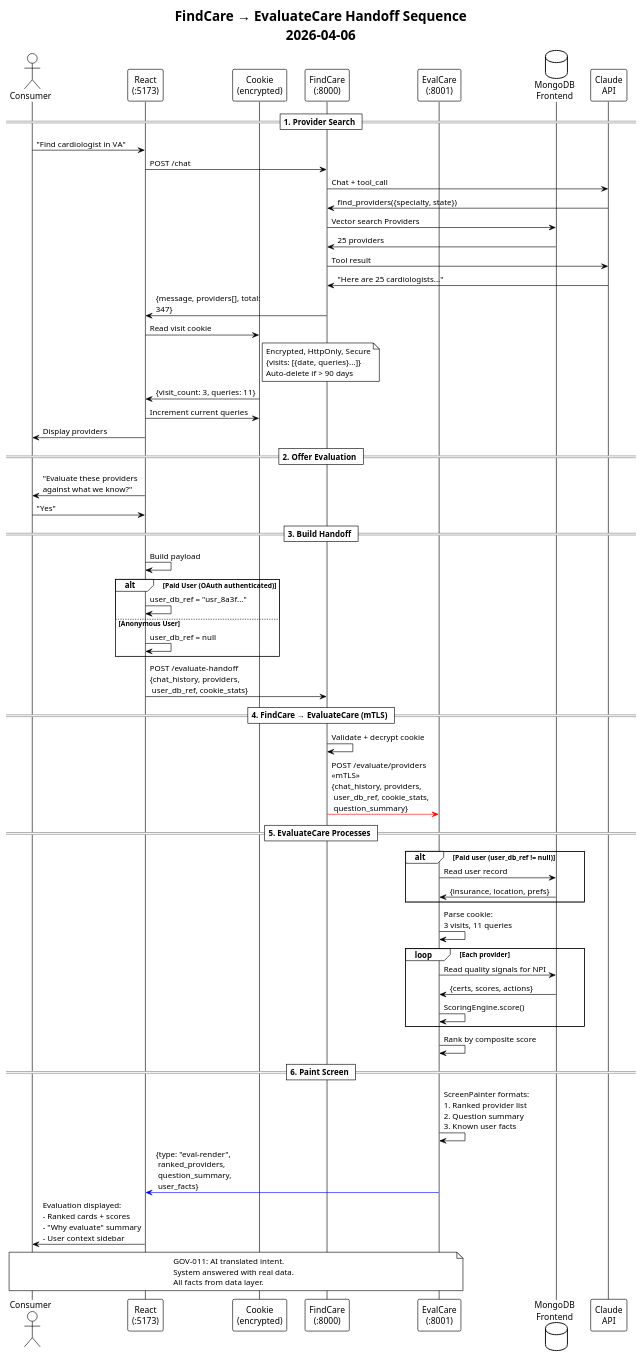
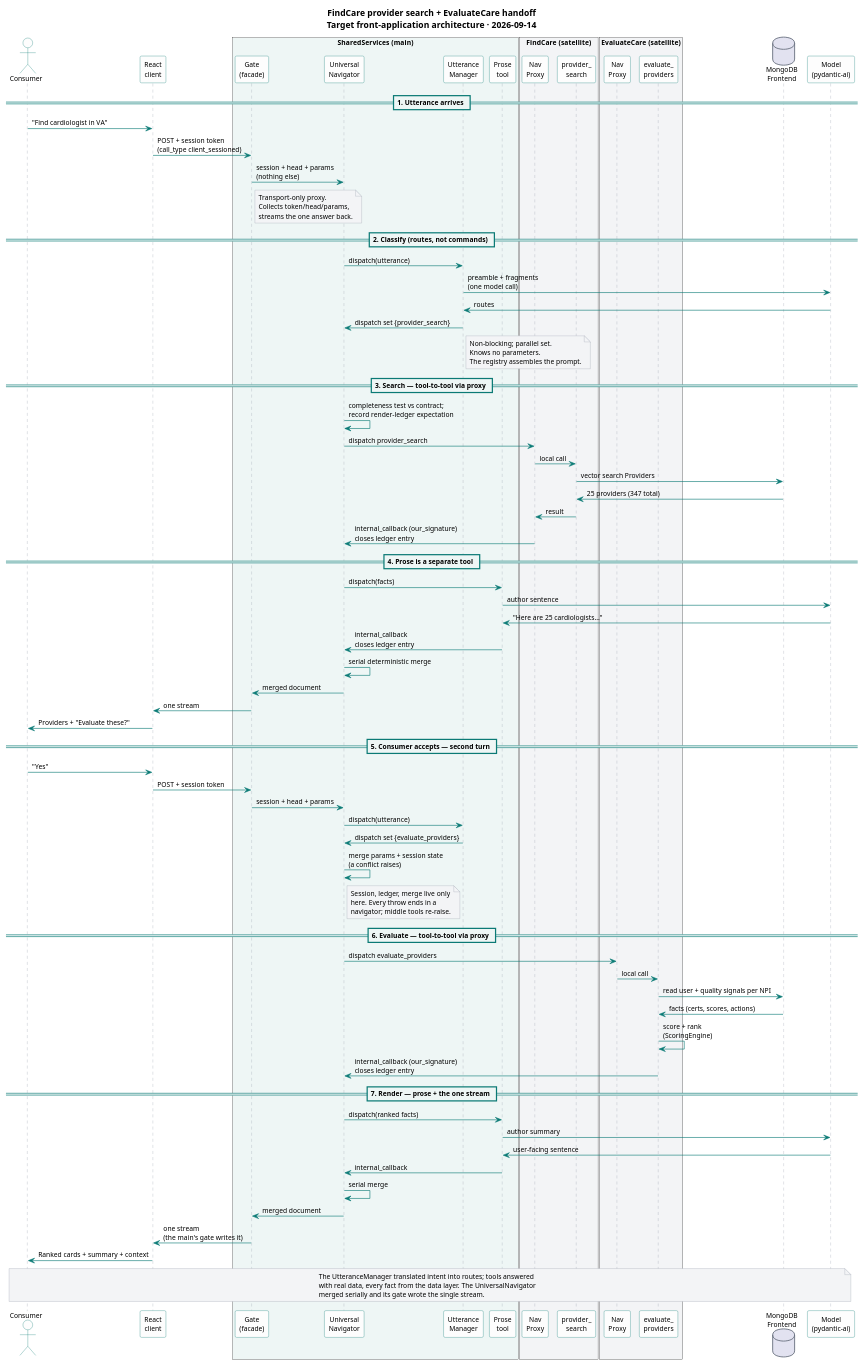
One commit to SkipSnow/ChatHealthyRepo changed the diagram in brain/machine_artifacts/diagramsAndImages/sources/findcare_evalcare_handoff_sequence_compact.puml. Above: the diagram before and after it, drawn with PlantUML. The commit also changed 96 other files, not shown here.

```diff
--- a/brain/machine_artifacts/diagramsAndImages/sources/findcare_evalcare_handoff_sequence_compact.puml
+++ b/brain/machine_artifacts/diagramsAndImages/sources/findcare_evalcare_handoff_sequence_compact.puml
@@ -1,92 +1,136 @@
-@startuml FindCare_EvaluateCare_Handoff_Compact
-!theme plain
-title FindCare → EvaluateCare Handoff Sequence\n2026-04-06
+@startuml
+skinparam componentStyle rectangle
+skinparam shadowing false
+skinparam defaultFontName Segoe UI
+skinparam defaultFontSize 11
+skinparam ArrowColor #0b7a75
+skinparam ComponentBorderColor #0b7a75
+skinparam DatabaseBorderColor #6b7280
+skinparam NoteBackgroundColor #f3f4f6
+skinparam NoteBorderColor #9ca3af
 
 skinparam backgroundColor white
-skinparam maxMessageSize 200
+skinparam maxMessageSize 210
+skinparam sequence {
+  ParticipantBorderColor #0b7a75
+  ParticipantBackgroundColor #fdfdfd
+  ActorBorderColor #0b7a75
+  ActorBackgroundColor #fdfdfd
+  LifeLineBorderColor #9ca3af
+  DividerBackgroundColor #eef6f5
+  DividerBorderColor #0b7a75
+  GroupBackgroundColor #eef6f5
+  GroupBorderColor #0b7a75
+}
+
+title FindCare provider search + EvaluateCare handoff\nTarget front-application architecture · 2026-09-14
 
 actor "Consumer" as user
-participant "React\n(:5173)" as react
-participant "Cookie\n(encrypted)" as cookie
-participant "FindCare\n(:8000)" as fc
-participant "EvalCare\n(:8001)" as ec
+
+participant "React\nclient" as react
+
+box "SharedServices  (main)" #eef6f5
+participant "Gate\n(facade)" as gate
+participant "Universal\nNavigator" as nav
+participant "Utterance\nManager" as um
+participant "Prose\ntool" as prose
+end box
+
+box "FindCare  (satellite)" #f3f4f6
+participant "Nav\nProxy" as fcpx
+participant "provider_\nsearch" as ps
+end box
+
+box "EvaluateCare  (satellite)" #f3f4f6
+participant "Nav\nProxy" as ecpx
+participant "evaluate_\nproviders" as ev
+end box
+
 database "MongoDB\nFrontend" as db
-participant "Claude\nAPI" as llm
+participant "Model\n(pydantic-ai)" as llm
 
-== 1. Provider Search ==
+== 1. Utterance arrives ==
 
 user -> react : "Find cardiologist in VA"
-react -> fc : POST /chat
-fc -> llm : Chat + tool_call
-llm -> fc : find_providers({specialty, state})
-fc -> db : Vector search Providers
-db -> fc : 25 providers
-fc -> llm : Tool result
-llm -> fc : "Here are 25 cardiologists..."
-fc -> react : {message, providers[], total: 347}
+react -> gate : POST + session token\n(call_type client_sessioned)
+gate -> nav : session + head + params\n(nothing else)
+note right of gate
+  Transport-only proxy.
+  Collects token/head/params,
+  streams the one answer back.
+end note
 
-react -> cookie : Read visit cookie
-note right of cookie
-  Encrypted, HttpOnly, Secure
-  {visits: [{date, queries}...]}
-  Auto-delete if > 90 days
+== 2. Classify (routes, not commands) ==
+
+nav -> um : dispatch(utterance)
+um -> llm : preamble + fragments\n(one model call)
+llm -> um : routes
+um -> nav : dispatch set {provider_search}
+note right of um
+  Non-blocking; parallel set.
+  Knows no parameters.
+  The registry assembles the prompt.
 end note
-cookie -> react : {visit_count: 3, queries: 11}
-react -> cookie : Increment current queries
 
-react -> user : Display providers
+== 3. Search — tool-to-tool via proxy ==
 
-== 2. Offer Evaluation ==
+nav -> nav : completeness test vs contract;\nrecord render-ledger expectation
+nav -> fcpx : dispatch provider_search
+fcpx -> ps : local call
+ps -> db : vector search Providers
+db -> ps : 25 providers (347 total)
+ps -> fcpx : result
+fcpx -[#0b7a75]> nav : internal_callback (our_signature)\ncloses ledger entry
 
-react -> user : "Evaluate these providers\nagainst what we know?"
+== 4. Prose is a separate tool ==
+
+nav -> prose : dispatch(facts)
+prose -> llm : author sentence
+llm -> prose : "Here are 25 cardiologists..."
+prose -[#0b7a75]> nav : internal_callback\ncloses ledger entry
+nav -> nav : serial deterministic merge
+nav -> gate : merged document
+gate -> react : one stream
+react -> user : Providers + "Evaluate these?"
+
+== 5. Consumer accepts — second turn ==
+
 user -> react : "Yes"
+react -> gate : POST + session token
+gate -> nav : session + head + params
+nav -> um : dispatch(utterance)
+um -> nav : dispatch set {evaluate_providers}
+nav -> nav : merge params + session state\n(a conflict raises)
+note right of nav
+  Session, ledger, merge live only
+  here. Every throw ends in a
+  navigator; middle tools re-raise.
+end note
 
-== 3. Build Handoff ==
+== 6. Evaluate — tool-to-tool via proxy ==
 
-react -> react : Build payload
+nav -> ecpx : dispatch evaluate_providers
+ecpx -> ev : local call
+ev -> db : read user + quality signals per NPI
+db -> ev : facts (certs, scores, actions)
+ev -> ev : score + rank\n(ScoringEngine)
+ev -[#0b7a75]> nav : internal_callback (our_signature)\ncloses ledger entry
 
-alt Paid User (OAuth authenticated)
-  react -> react : user_db_ref = "usr_8a3f..."
-else Anonymous User
-  react -> react : user_db_ref = null
-end
+== 7. Render — prose + the one stream ==
 
-react -> fc : POST /evaluate-handoff\n{chat_history, providers,\n user_db_ref, cookie_stats}
+nav -> prose : dispatch(ranked facts)
+prose -> llm : author summary
+llm -> prose : user-facing sentence
+prose -[#0b7a75]> nav : internal_callback
+nav -> nav : serial merge
+nav -> gate : merged document
+gate -> react : one stream\n(the main's gate writes it)
+react -> user : Ranked cards + summary + context
 
-== 4. FindCare → EvaluateCare (mTLS) ==
-
-fc -> fc : Validate + decrypt cookie
-fc -[#red]> ec : POST /evaluate/providers <<mTLS>>\n{chat_history, providers,\n user_db_ref, cookie_stats,\n question_summary}
-
-== 5. EvaluateCare Processes ==
-
-alt Paid user (user_db_ref != null)
-  ec -> db : Read user record
-  db -> ec : {insurance, location, prefs}
-end
-
-ec -> ec : Parse cookie:\n3 visits, 11 queries
-
-loop Each provider
-  ec -> db : Read quality signals for NPI
-  db -> ec : {certs, scores, actions}
-  ec -> ec : ScoringEngine.score()
-end
-
-ec -> ec : Rank by composite score
-
-== 6. Paint Screen ==
-
-ec -> ec : ScreenPainter formats:\n1. Ranked provider list\n2. Question summary\n3. Known user facts
-
-ec -[#blue]> react : {type: "eval-render",\n ranked_providers,\n question_summary,\n user_facts}
-
-react -> user : Evaluation displayed:\n- Ranked cards + scores\n- "Why evaluate" summary\n- User context sidebar
-
-note over user, ec
-  GOV-011: AI translated intent.
-  System answered with real data.
-  All facts from data layer.
+note over user, llm
+  The UtteranceManager translated intent into routes; tools answered
+  with real data, every fact from the data layer. The UniversalNavigator
+  merged serially and its gate wrote the single stream.
 end note
 
 @enduml
```
